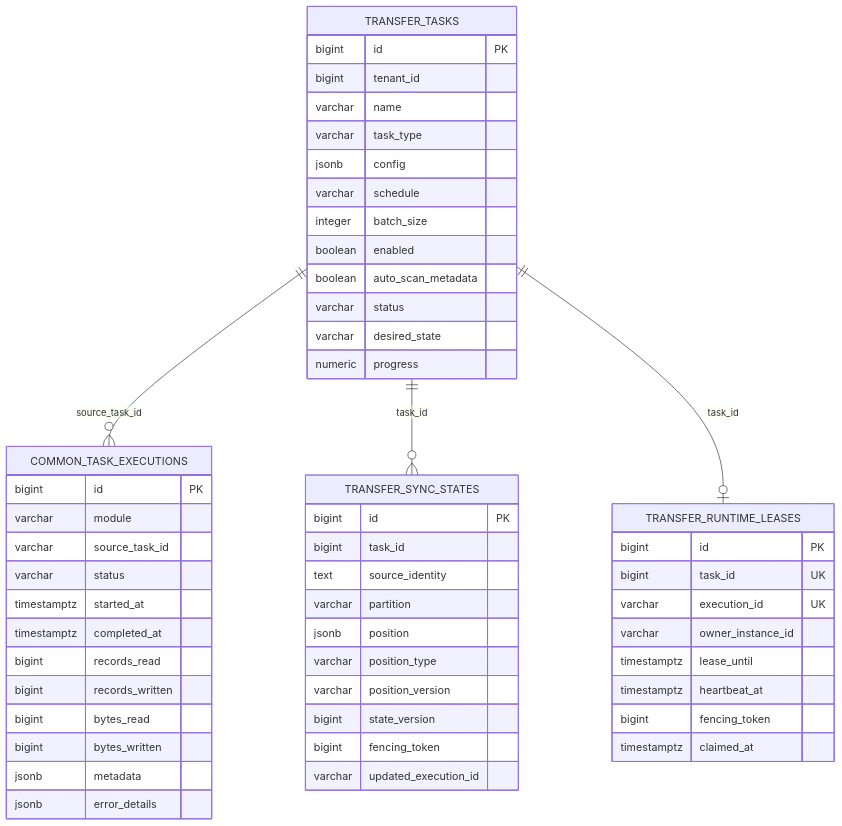
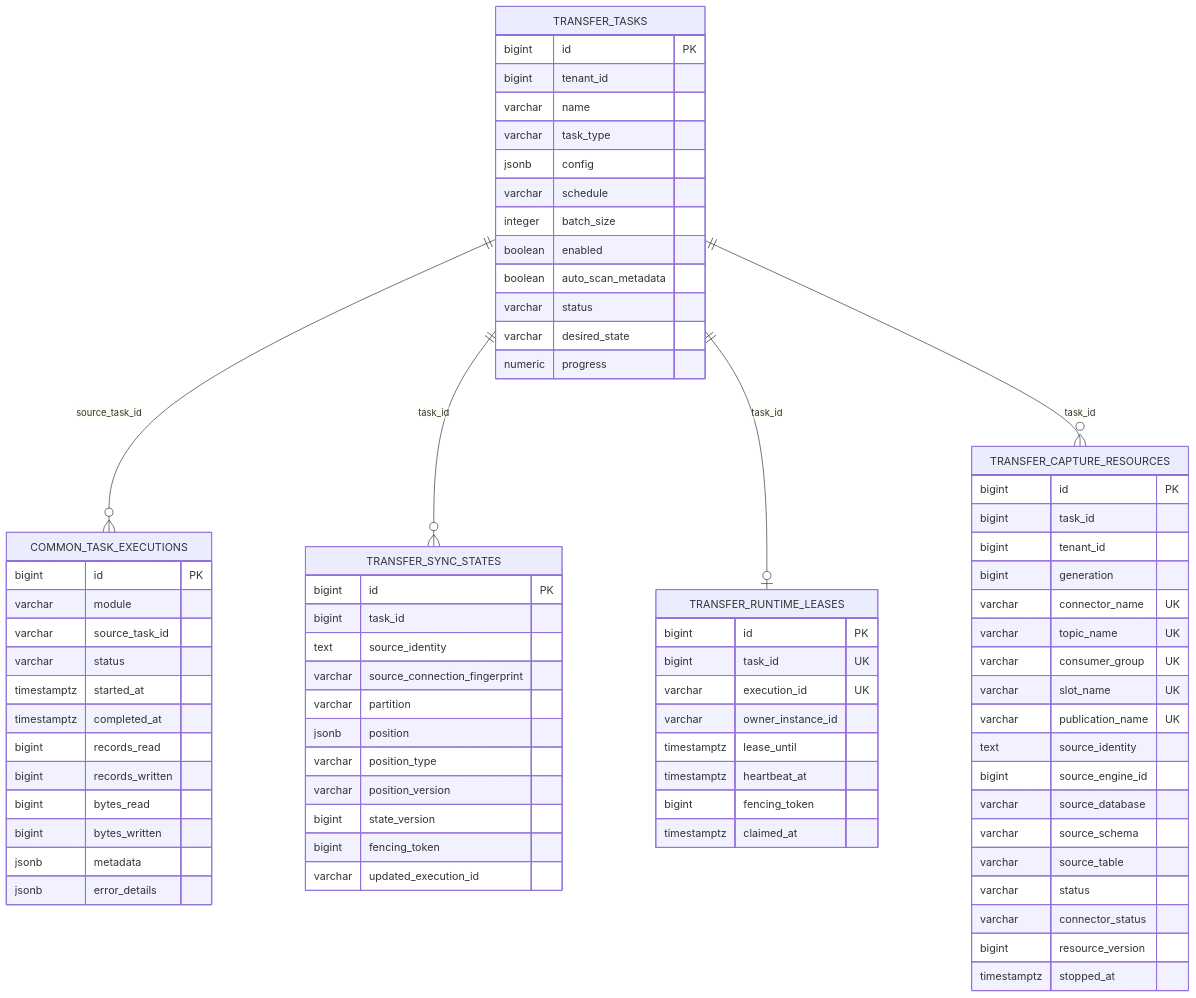
One commit to pampa0629/addp changed the diagram in transfer/docs/数据库架构.md. Above: the diagram before and after it, drawn with Mermaid. The commit also changed other lines of this file and 255 other files, not shown here.

````diff
--- a/transfer/docs/数据库架构.md
+++ b/transfer/docs/数据库架构.md
@@ -20,56 +21,78 @@
 ```mermaid
 erDiagram
     TRANSFER_TASKS ||--o{ COMMON_TASK_EXECUTIONS : "source_task_id"
     TRANSFER_TASKS ||--o{ TRANSFER_SYNC_STATES : "task_id"
     TRANSFER_TASKS ||--o| TRANSFER_RUNTIME_LEASES : "task_id"
+    TRANSFER_TASKS ||--o{ TRANSFER_CAPTURE_RESOURCES : "task_id"
     TRANSFER_TASKS {
         bigint id PK
         bigint tenant_id
         varchar name
         varchar task_type
         jsonb config
         varchar schedule
         integer batch_size
         boolean enabled
         boolean auto_scan_metadata
         varchar status
         varchar desired_state
         numeric progress
     }
     COMMON_TASK_EXECUTIONS {
         bigint id PK
         varchar module
         varchar source_task_id
         varchar status
         timestamptz started_at
         timestamptz completed_at
         bigint records_read
         bigint records_written
         bigint bytes_read
         bigint bytes_written
         jsonb metadata
         jsonb error_details
     }
     TRANSFER_SYNC_STATES {
         bigint id PK
         bigint task_id
         text source_identity
+        varchar source_connection_fingerprint
         varchar partition
         jsonb position
         varchar position_type
         varchar position_version
         bigint state_version
         bigint fencing_token
         varchar updated_execution_id
     }
     TRANSFER_RUNTIME_LEASES {
         bigint id PK
         bigint task_id UK
         varchar execution_id UK
         varchar owner_instance_id
         timestamptz lease_until
         timestamptz heartbeat_at
         bigint fencing_token
         timestamptz claimed_at
     }
+    TRANSFER_CAPTURE_RESOURCES {
+        bigint id PK
+        bigint task_id
+        bigint tenant_id
+        bigint generation
+        varchar connector_name UK
+        varchar topic_name UK
+        varchar consumer_group UK
+        varchar slot_name UK
+        varchar publication_name UK
+        text source_identity
+        bigint source_engine_id
+        varchar source_database
+        varchar source_schema
+        varchar source_table
+        varchar status
+        varchar connector_status
+        bigint resource_version
+        timestamptz stopped_at
+    }
 ```
````
